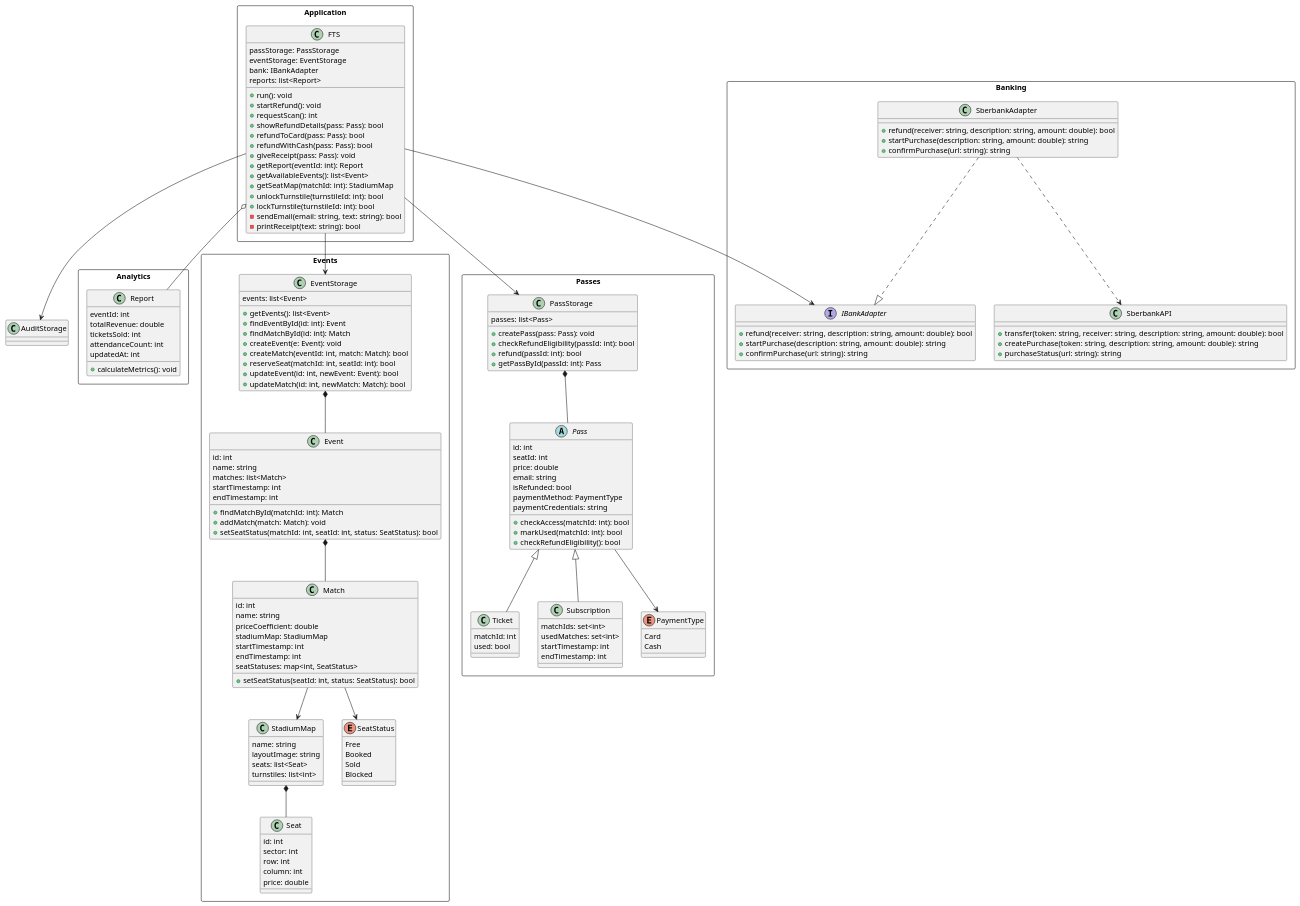
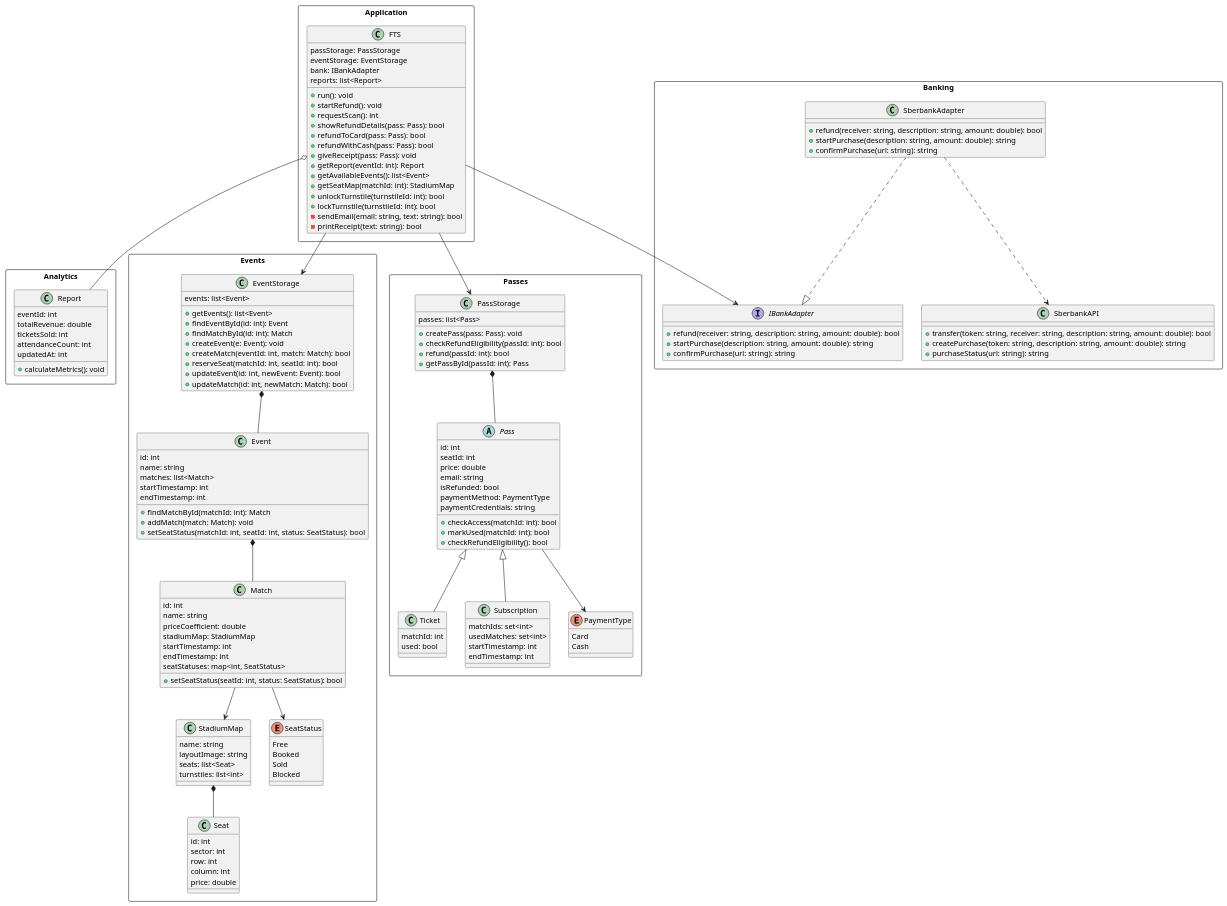
The diagram in Диаграмма Классов.md (penamarth/bsbo-11-24_team5_var10_football), drawn with PlantUML before and after one commit.

```diff
--- a/Диаграмма Классов.md
+++ b/Диаграмма Классов.md
@@ -157,7 +157,6 @@
 
 FTS --> EventStorage
 FTS --> PassStorage
-FTS --> AuditStorage
 FTS --> IBankAdapter
 FTS o-- Report
 
```
